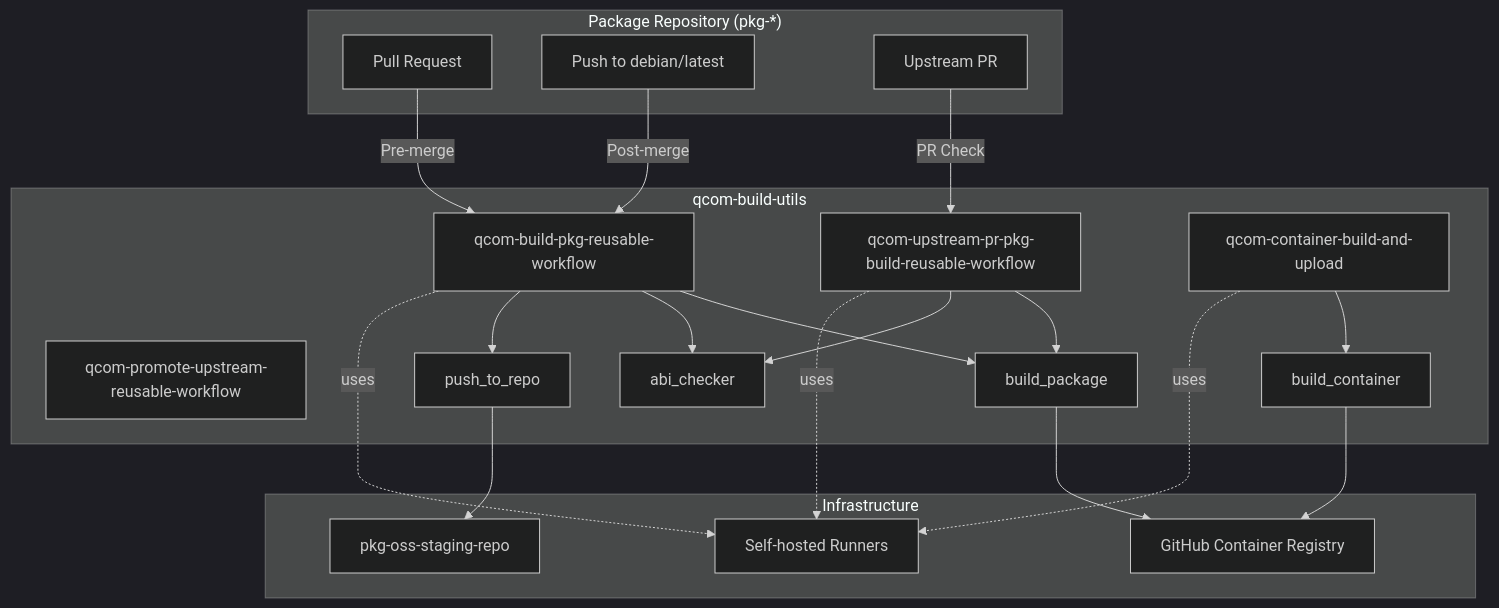
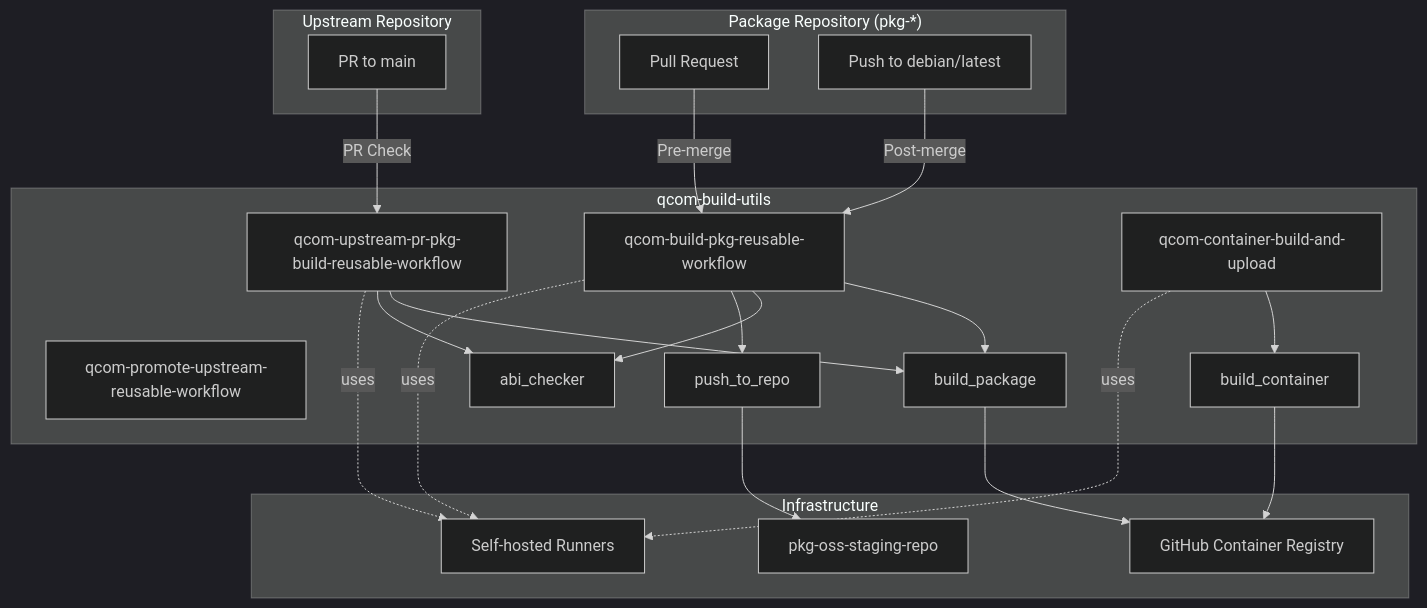
One commit to vemana1niranjan/qcom-build-utils changed the first of 6 diagrams in docs/workflow-architecture.md. Above: the diagram before and after it, drawn with Mermaid (dark theme). The commit also changed other lines of this file and 3 other files, not shown here.

Commit message:
Add upstream repository documentation and qcom-example-package-source references

````diff
--- a/docs/workflow-architecture.md
+++ b/docs/workflow-architecture.md
@@ -13,45 +14,48 @@
 ```mermaid
 graph TB
+    subgraph "Upstream Repository"
+        UPR[PR to main]
+    end
+    
     subgraph "Package Repository (pkg-*)"
         PR[Pull Request]
         PM[Push to debian/latest]
-        UPR[Upstream PR]
     end
     
     subgraph "qcom-build-utils"
         RW1[qcom-build-pkg-reusable-workflow]
         RW2[qcom-promote-upstream-reusable-workflow]
         RW3[qcom-upstream-pr-pkg-build-reusable-workflow]
         RW4[qcom-container-build-and-upload]
         
         A1[build_package]
         A2[abi_checker]
         A3[push_to_repo]
         A4[build_container]
     end
     
     subgraph "Infrastructure"
         GHCR[GitHub Container Registry]
         REPO[pkg-oss-staging-repo]
         RUNNER[Self-hosted Runners]
     end
     
     PR -->|Pre-merge| RW1
     PM -->|Post-merge| RW1
     UPR -->|PR Check| RW3
     
     RW1 --> A1
     RW1 --> A2
     RW1 --> A3
     RW3 --> A1
     RW3 --> A2
     RW4 --> A4
     
     A1 --> GHCR
     A3 --> REPO
     A4 --> GHCR
     
     RW1 -.uses.-> RUNNER
     RW3 -.uses.-> RUNNER
     RW4 -.uses.-> RUNNER
 ```
````
